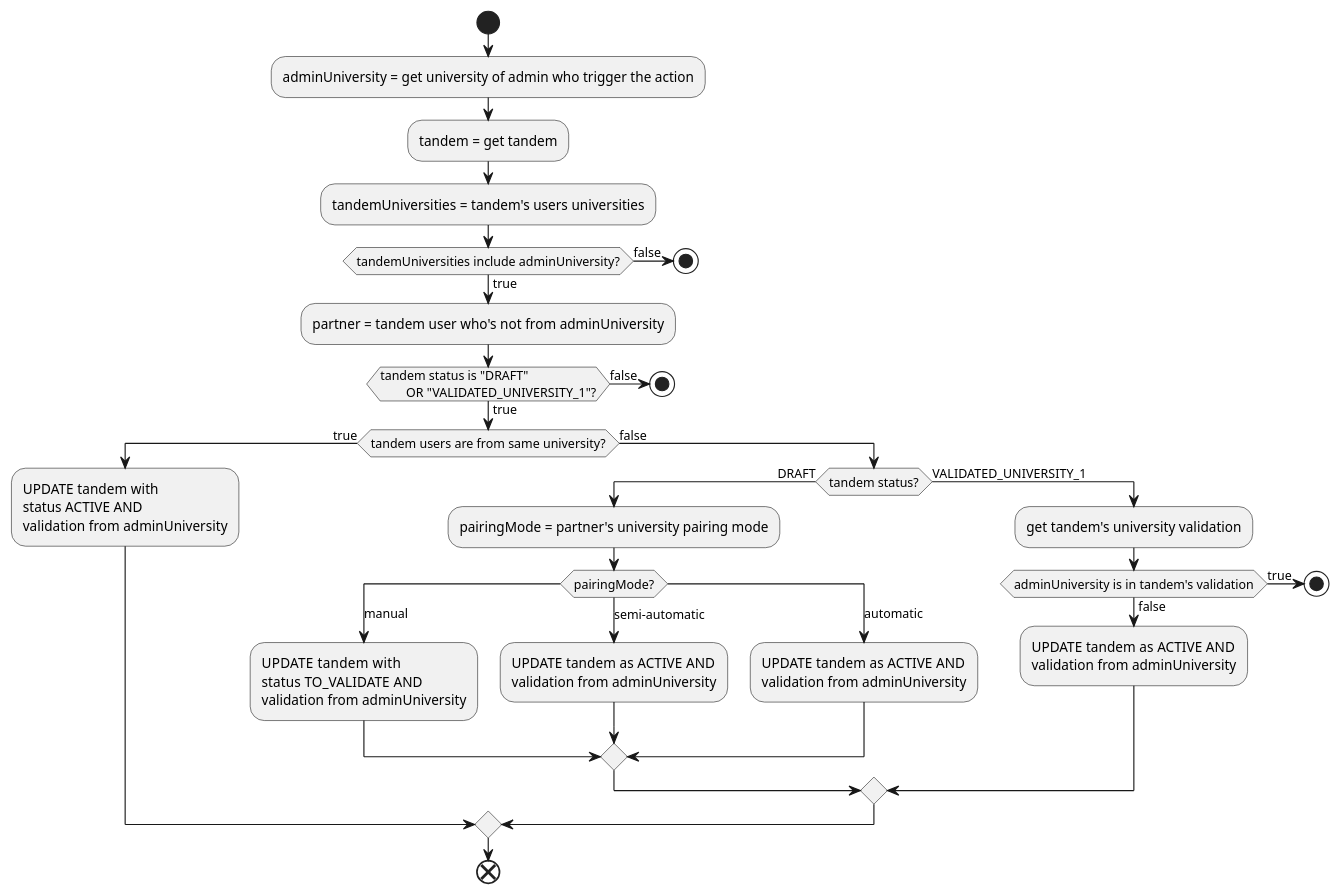
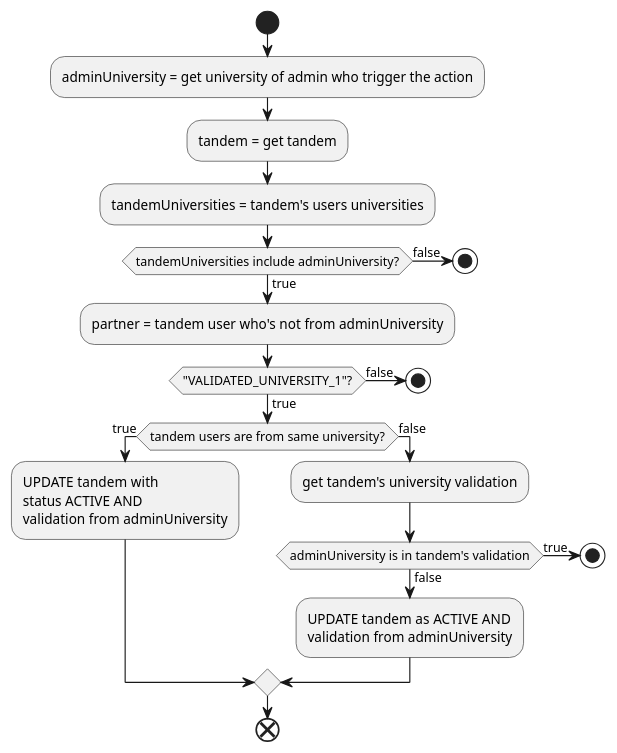
One commit to univlorraine/ulep changed the third of 3 diagrams in docs/featuresConception/universitiesPairingMode.md. Above: the diagram before and after it, drawn with PlantUML. The commit also changed other lines of this file and 4 other files, not shown here.

First line of the commit message:
feat: validate tandem endpoint only for tandem waiting for 2nd validaton

````diff
--- a/docs/featuresConception/universitiesPairingMode.md
+++ b/docs/featuresConception/universitiesPairingMode.md
@@ -79,55 +78,36 @@
 ```plantuml
 start
     :adminUniversity = get university of admin who trigger the action;
     :tandem = get tandem;
 
     :tandemUniversities = tandem's users universities;
 
     if (tandemUniversities include adminUniversity?) then (true)
         :partner = tandem user who's not from adminUniversity;
 
-        if (tandem status is "DRAFT"
-        OR "VALIDATED_UNIVERSITY_1"?) then(false)
+        if ("VALIDATED_UNIVERSITY_1"?) then(false)
             stop
         else (true)
             if (tandem users are from same university?) then(true)
                 :UPDATE tandem with
                 status ACTIVE AND
                 validation from adminUniversity;
             else (false)
-                if (tandem status?) then (DRAFT)
-                    :pairingMode = partner's university pairing mode;
-
-                    switch (pairingMode?)
-                        case (manual)
-                            :UPDATE  tandem with
-                            status TO_VALIDATE AND
-                            validation from adminUniversity;
-                        case (semi-automatic)
-                            :UPDATE tandem as ACTIVE AND
-                            validation from adminUniversity;
-                        case (automatic)
-                            :UPDATE tandem as ACTIVE AND
-                            validation from adminUniversity;
-                    endswitch
-                else (VALIDATED_UNIVERSITY_1)
-                    :get tandem's university validation;
-                    
-                    if (adminUniversity is in tandem's validation) then (true)
-                        ' Admin's university has already validated this tandem
-                        stop
-                    else (false)
-                        :UPDATE tandem as ACTIVE AND
-                        validation from adminUniversity;
-                    endif
-
+                :get tandem's university validation;
+                
+                if (adminUniversity is in tandem's validation) then (true)
+                    ' Admin's university has already validated this tandem
+                    stop
+                else (false)
+                    :UPDATE tandem as ACTIVE AND
+                    validation from adminUniversity;
                 endif
             endif
         endif
     else (false)
         stop
     endif
 
 end
 
 ```
````
